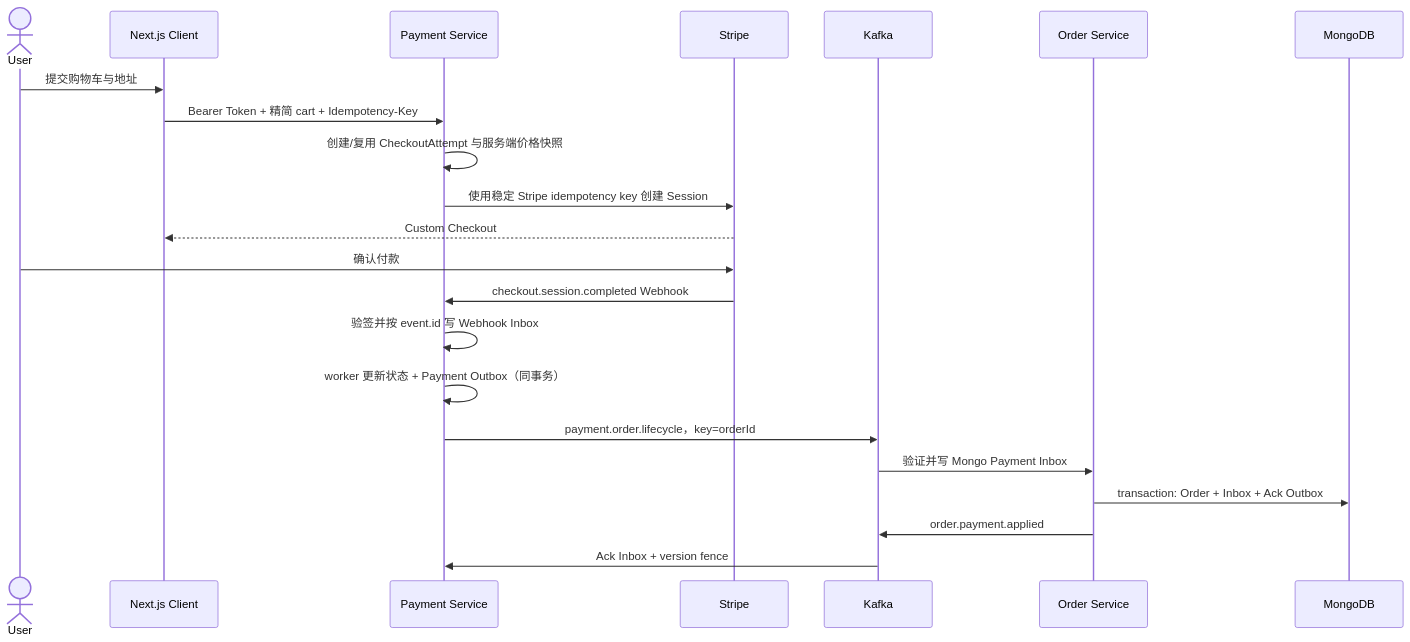
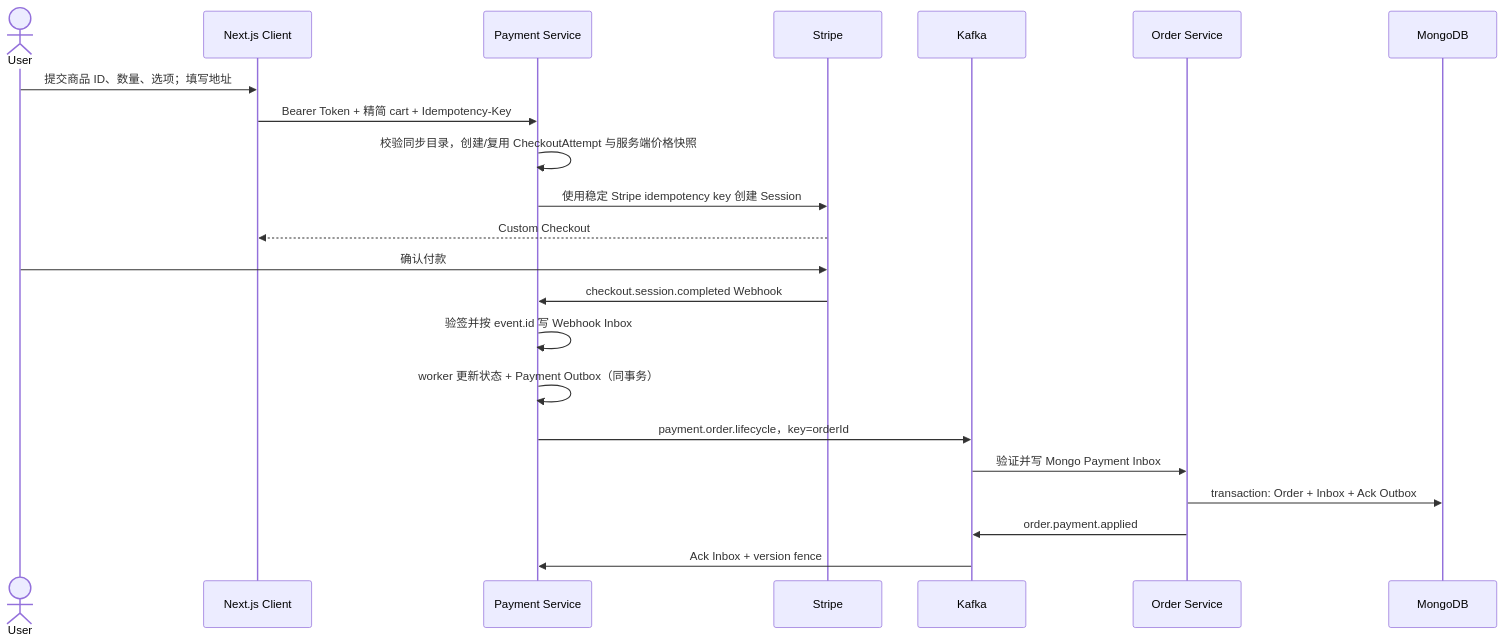
Before and after one commit to RenXusheng233/ecom-rr: the second of 2 diagrams in docs/interview-preparation/00-一周学习路线与项目介绍.md, drawn with Mermaid. The commit also changed other lines of this file and 8 other files, not shown here.

````diff
--- a/docs/interview-preparation/00-一周学习路线与项目介绍.md
+++ b/docs/interview-preparation/00-一周学习路线与项目介绍.md
@@ -96,25 +83,25 @@
 ```mermaid
 sequenceDiagram
   actor User
   participant C as Next.js Client
   participant P as Payment Service
   participant S as Stripe
   participant K as Kafka
   participant O as Order Service
   participant M as MongoDB
 
-  User->>C: 提交购物车与地址
+  User->>C: 提交商品 ID、数量、选项；填写地址
   C->>P: Bearer Token + 精简 cart + Idempotency-Key
-  P->>P: 创建/复用 CheckoutAttempt 与服务端价格快照
+  P->>P: 校验同步目录，创建/复用 CheckoutAttempt 与服务端价格快照
   P->>S: 使用稳定 Stripe idempotency key 创建 Session
   S-->>C: Custom Checkout
   User->>S: 确认付款
   S->>P: checkout.session.completed Webhook
   P->>P: 验签并按 event.id 写 Webhook Inbox
   P->>P: worker 更新状态 + Payment Outbox（同事务）
   P->>K: payment.order.lifecycle，key=orderId
   K->>O: 验证并写 Mongo Payment Inbox
   O->>M: transaction: Order + Inbox + Ack Outbox
   O->>K: order.payment.applied
   K->>P: Ack Inbox + version fence
 ```
````
